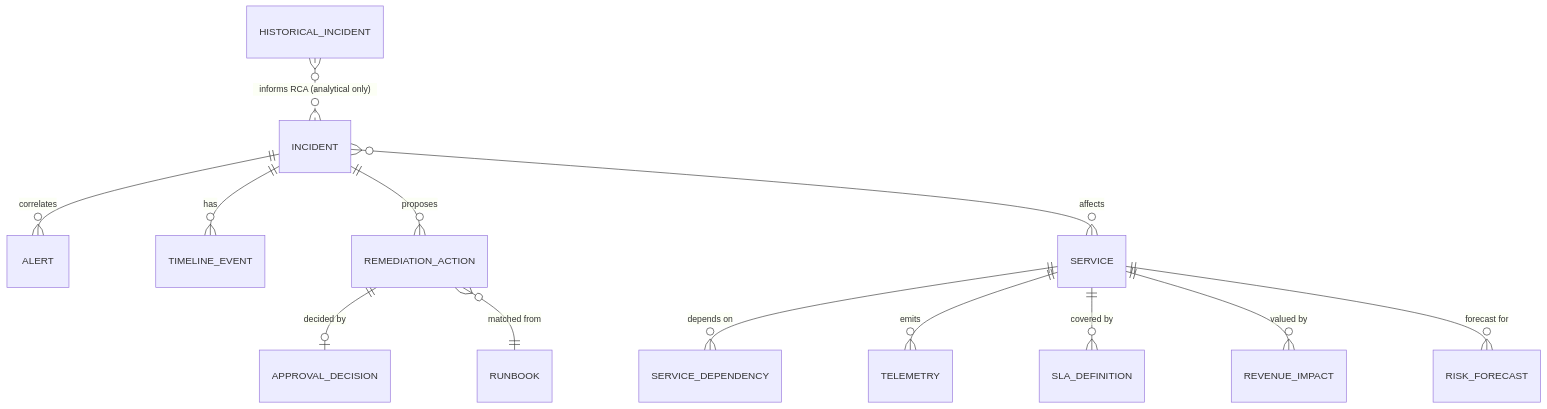
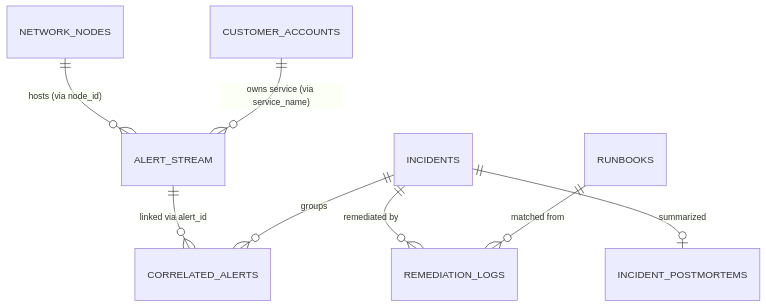
The third of 3 diagrams in specs/001-json-agentic-ai/design.md (shivamvish160/finalHack), drawn with Mermaid before and after one commit. The commit also changed other lines of this file and 6768 other files, not shown here.

````diff
--- a/specs/001-json-agentic-ai/design.md
+++ b/specs/001-json-agentic-ai/design.md
@@ -270,15 +243,10 @@
 ```mermaid
 erDiagram
-    INCIDENT ||--o{ ALERT : correlates
-    INCIDENT ||--o{ TIMELINE_EVENT : has
-    INCIDENT ||--o{ REMEDIATION_ACTION : proposes
-    REMEDIATION_ACTION ||--o| APPROVAL_DECISION : "decided by"
-    REMEDIATION_ACTION }o--|| RUNBOOK : "matched from"
-    SERVICE ||--o{ SERVICE_DEPENDENCY : "depends on"
-    SERVICE ||--o{ TELEMETRY : emits
-    SERVICE ||--o{ SLA_DEFINITION : "covered by"
-    SERVICE ||--o{ REVENUE_IMPACT : "valued by"
-    SERVICE ||--o{ RISK_FORECAST : "forecast for"
-    INCIDENT }o--o{ SERVICE : affects
-    HISTORICAL_INCIDENT }o..o{ INCIDENT : "informs RCA (analytical only)"
+    ALERT_STREAM ||--o{ CORRELATED_ALERTS : "linked via alert_id"
+    INCIDENTS ||--o{ CORRELATED_ALERTS : groups
+    INCIDENTS ||--o{ REMEDIATION_LOGS : "remediated by"
+    INCIDENTS ||--o| INCIDENT_POSTMORTEMS : summarized
+    RUNBOOKS ||--o{ REMEDIATION_LOGS : "matched from"
+    NETWORK_NODES ||--o{ ALERT_STREAM : "hosts (via node_id)"
+    CUSTOMER_ACCOUNTS ||--o{ ALERT_STREAM : "owns service (via service_name)"
 ```
````
